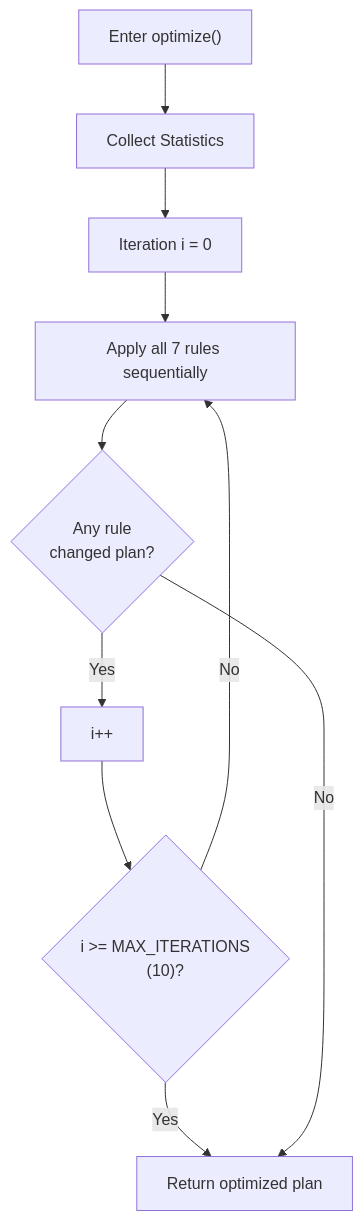
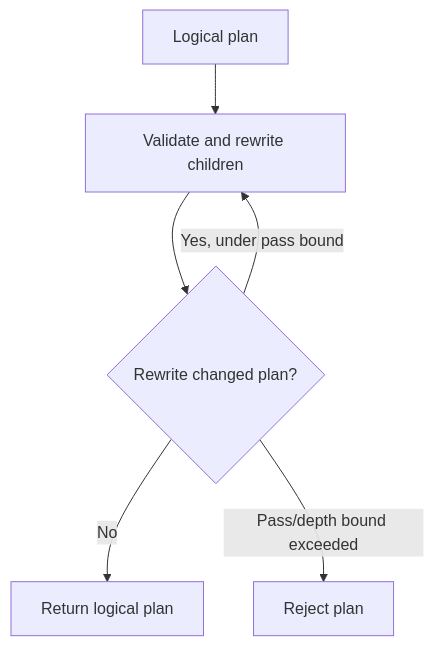
Before and after one commit to nexepic/zyx: the second of 2 diagrams in docs/apps/docs/content/docs/en/zyx/algorithms/query-optimization.mdx, drawn with Mermaid. The commit also changed other lines of this file and 1349 other files, not shown here.

First line of the commit message:
Retire legacy storage and harden native graph persistence

````diff
--- a/docs/apps/docs/content/docs/en/zyx/algorithms/query-optimization.mdx
+++ b/docs/apps/docs/content/docs/en/zyx/algorithms/query-optimization.mdx
@@ -40,12 +40,8 @@
 ```mermaid
 flowchart TD
-    Start["Enter optimize()"] --> Init["Collect Statistics"]
-    Init --> LoopStart["Iteration i = 0"]
-    LoopStart --> RuleLoop["Apply all 7 rules sequentially"]
-    RuleLoop --> Check{"Any rule\nchanged plan?"}
-    Check -->|"Yes"| Inc["i++"]
-    Inc --> MaxCheck{"i >= MAX_ITERATIONS\n(10)?"}
-    MaxCheck -->|"No"| RuleLoop
-    MaxCheck -->|"Yes"| Done["Return optimized plan"]
-    Check -->|"No"| Done
+    A["Logical plan"] --> B["Validate and rewrite children"]
+    B --> C{"Rewrite changed plan?"}
+    C -->|"No"| D["Return logical plan"]
+    C -->|"Yes, under pass bound"| B
+    C -->|"Pass/depth bound exceeded"| E["Reject plan"]
 ```
````
